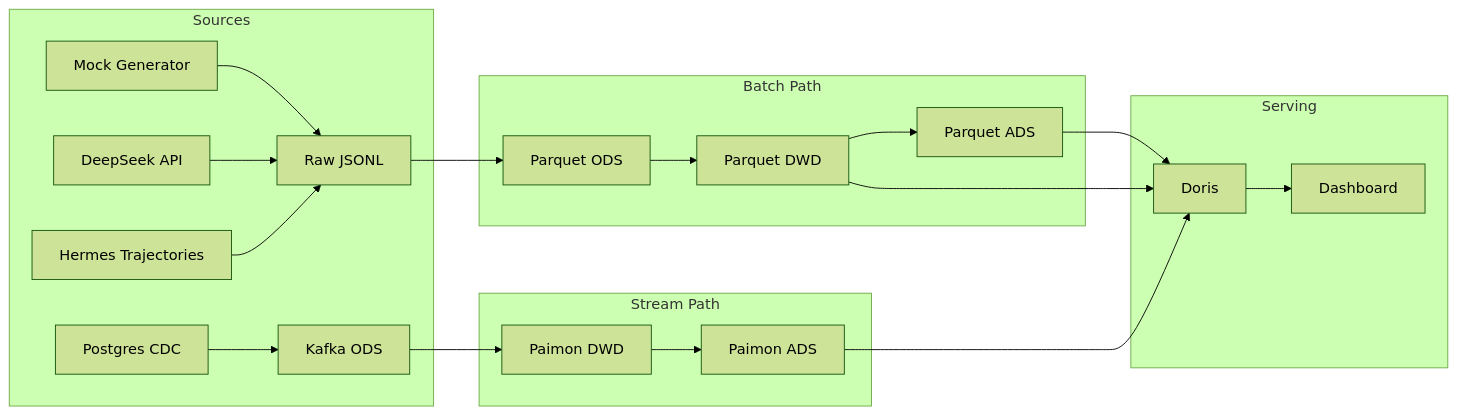
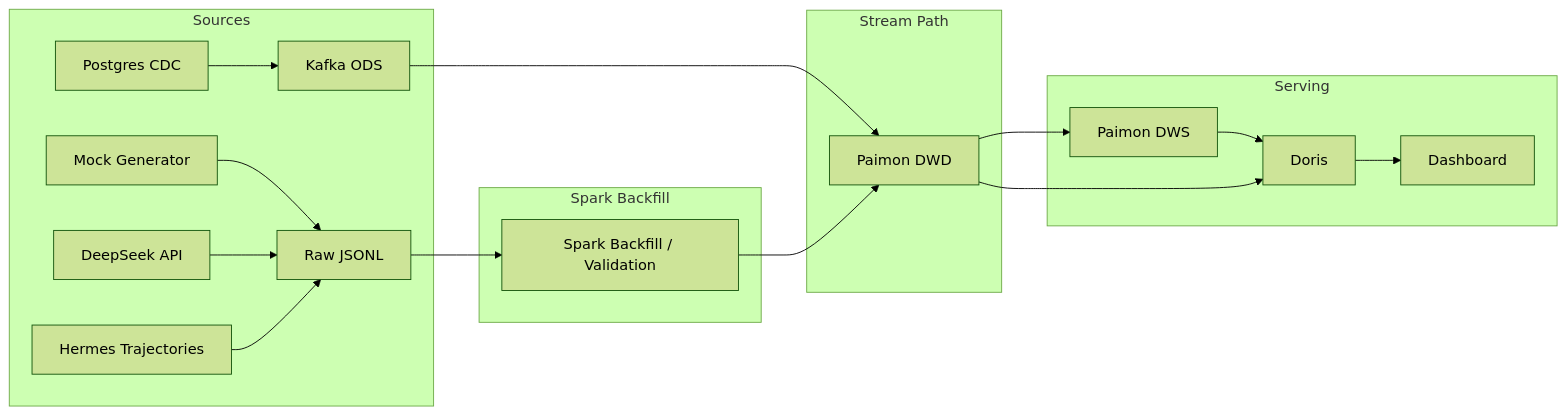
Before and after one commit to CHEUKFUNGWU/ai-observability-lakehouse: the diagram in docs/data_lineage.md, drawn with Mermaid (forest theme). The commit also changed 60 other files, not shown here.

Commit message:
Unify warehouse architecture on shared Paimon DWS

````diff
--- a/docs/data_lineage.md
+++ b/docs/data_lineage.md
@@ -3,24 +3,22 @@
 ```mermaid
 graph LR
     subgraph Sources
         A["Mock Generator"] --> R["Raw JSONL"]
         B["DeepSeek API"] --> R
         C["Hermes Trajectories"] --> R
         D["Postgres CDC"] --> K["Kafka ODS"]
     end
-    subgraph Batch Path
-        R --> ODS_B["Parquet ODS"]
-        ODS_B --> DWD_B["Parquet DWD"]
-        DWD_B --> ADS_B["Parquet ADS"]
+    subgraph Spark Backfill
+        R --> SP["Spark Backfill / Validation"]
     end
     subgraph Stream Path
         K --> DWD_S["Paimon DWD"]
-        DWD_S --> ADS_S["Paimon ADS"]
     end
+    SP --> DWD_S
+    DWD_S --> DWS_S["Paimon DWS"]
     subgraph Serving
-        ADS_B --> CH["Doris"]
-        ADS_S --> CH
-        DWD_B --> CH
+        DWS_S --> CH["Doris"]
+        DWD_S --> CH
         CH --> DASH["Dashboard"]
     end
 ```
````
